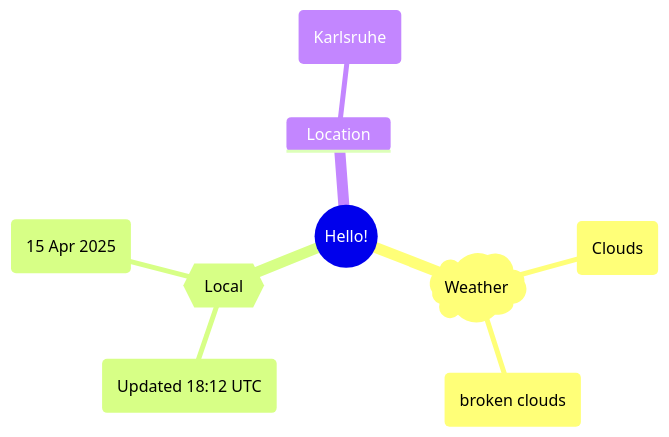
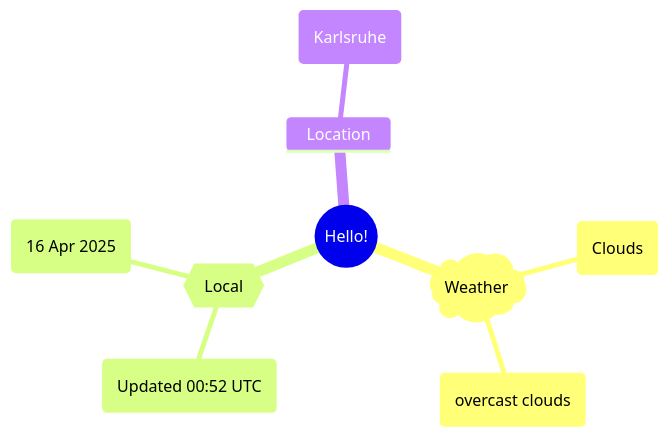
The first of 2 diagrams in README.md (Xosrov/Xosrov), drawn with Mermaid before and after one commit.

Commit message:
[bot] updated images

````diff
--- a/README.md
+++ b/README.md
@@ -3,12 +3,12 @@
 ```mermaid
 mindmap
   root((Hello!))
     )Weather(
         (Clouds)
-        (broken clouds)
+        (overcast clouds)
     {{Local}}
-        (Updated 18:12 UTC)
-        (15 Apr 2025)
+        (Updated 00:52 UTC)
+        (16 Apr 2025)
     Location
         (Karlsruhe)
 ```
````
